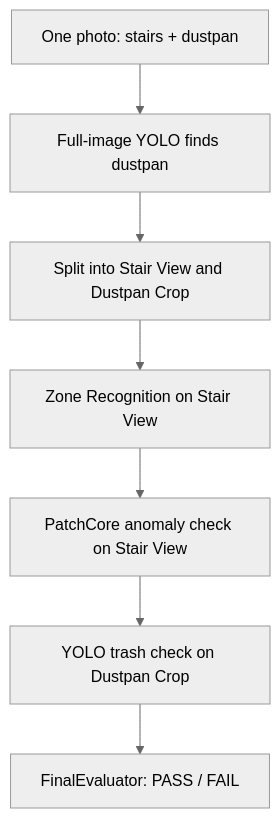
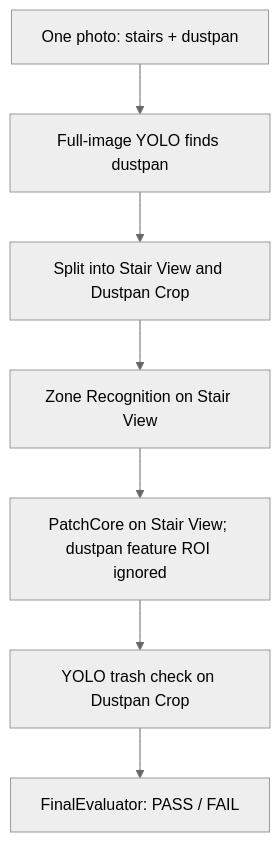
The diagram in README.md (TEAM-SIRU/EcoGuard-AI), drawn with Mermaid (neutral theme) before and after one commit. The commit also changed other lines of this file and 11 other files, not shown here.

Commit message:
Build per-zone stair PatchCore assets

````diff
--- a/README.md
+++ b/README.md
@@ -7,9 +7,9 @@
 ```mermaid
 flowchart TD
     A[One photo: stairs + dustpan] --> B[Full-image YOLO finds dustpan]
     B --> C[Split into Stair View and Dustpan Crop]
     C --> D[Zone Recognition on Stair View]
-    D --> E[PatchCore anomaly check on Stair View]
+    D --> E[PatchCore on Stair View; dustpan feature ROI ignored]
     E --> F[YOLO trash check on Dustpan Crop]
     F --> G[FinalEvaluator: PASS / FAIL]
 ```
````
